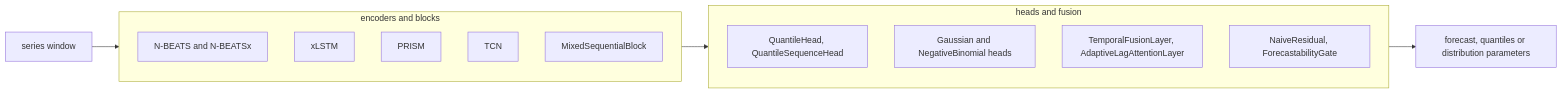
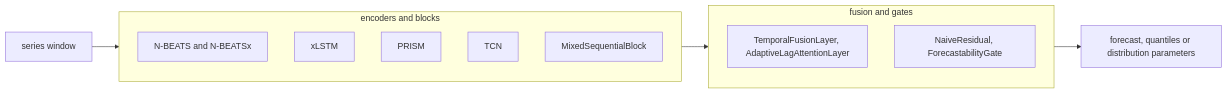
Before and after one commit to NikolasMarkou/dl_techniques: the diagram in src/dl_techniques/layers/time_series/README.md, drawn with Mermaid. The commit also changed other lines of this file and 14 other files, not shown here.

First line of the commit message:
docs: layers/heads/time_series README and AGENTS, and fix the docs that named the old head locations

````diff
--- a/src/dl_techniques/layers/time_series/README.md
+++ b/src/dl_techniques/layers/time_series/README.md
@@ -17,19 +17,17 @@
 ```mermaid
 flowchart LR
     X[series window] --> ENC
     ENC --> HEAD
     HEAD --> OUT[forecast, quantiles or distribution parameters]
     subgraph ENC[encoders and blocks]
       N[N-BEATS and N-BEATSx]
       L[xLSTM]
       P[PRISM]
       T[TCN]
       M[MixedSequentialBlock]
     end
-    subgraph HEAD[heads and fusion]
-      Q[QuantileHead, QuantileSequenceHead]
-      D[Gaussian and NegativeBinomial heads]
+    subgraph HEAD[fusion and gates]
       F[TemporalFusionLayer, AdaptiveLagAttentionLayer]
       G[NaiveResidual, ForecastabilityGate]
     end
 ```
````
